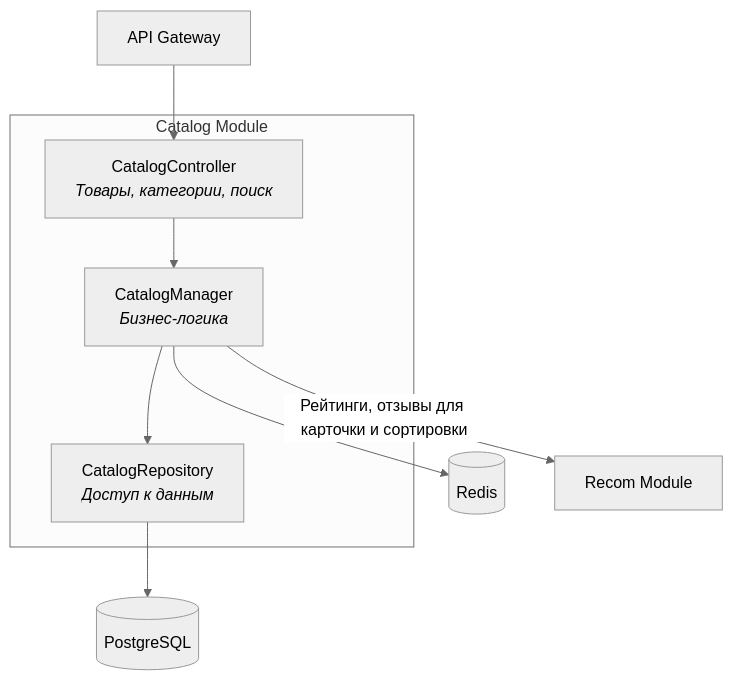
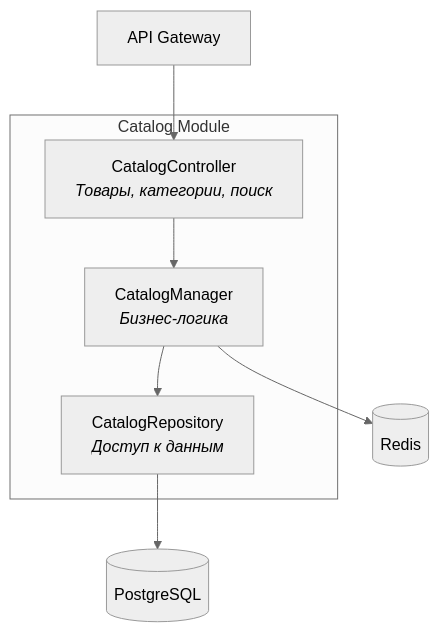
Before and after one commit to EkaterinaNikolaeva/hse-arch-and-design-is: the fifth of 9 diagrams in task-1/docs/TASK1.md, drawn with Mermaid (neutral theme). The commit also changed other lines of this file, not shown here.

````diff
--- a/task-1/docs/TASK1.md
+++ b/task-1/docs/TASK1.md
@@ -375,15 +358,14 @@
 ```mermaid
 flowchart TB
     subgraph CatalogModule ["Catalog Module"]
         CatalogCtrl["CatalogController<br/><i>Товары, категории, поиск</i>"]
         CatalogMgr["CatalogManager<br/><i>Бизнес-логика</i>"]
         CatalogRepo["CatalogRepository<br/><i>Доступ к данным</i>"]
     end
 
     API["API Gateway"] --> CatalogCtrl
     CatalogCtrl --> CatalogMgr
     CatalogMgr --> CatalogRepo
     CatalogRepo --> DB[("PostgreSQL")]
     CatalogMgr --> Cache[("Redis")]
-    CatalogMgr -->|"Рейтинги, отзывы для карточки и сортировки"| Recom["Recom Module"]
 ```
````
